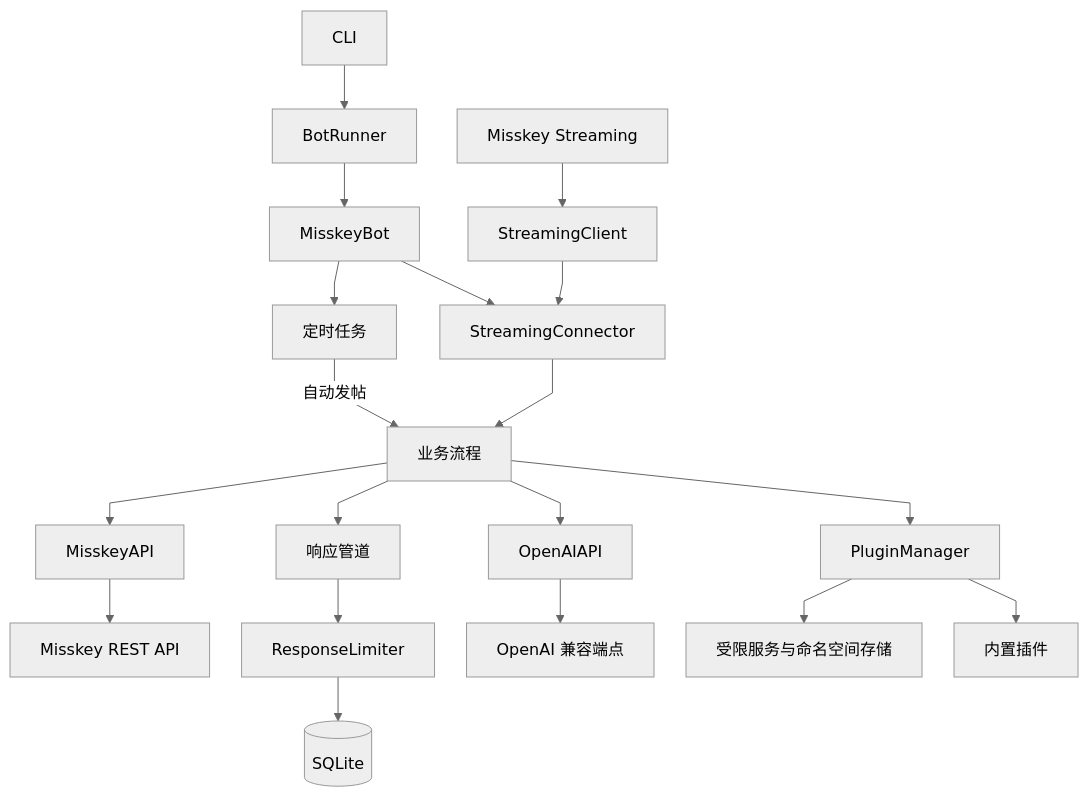
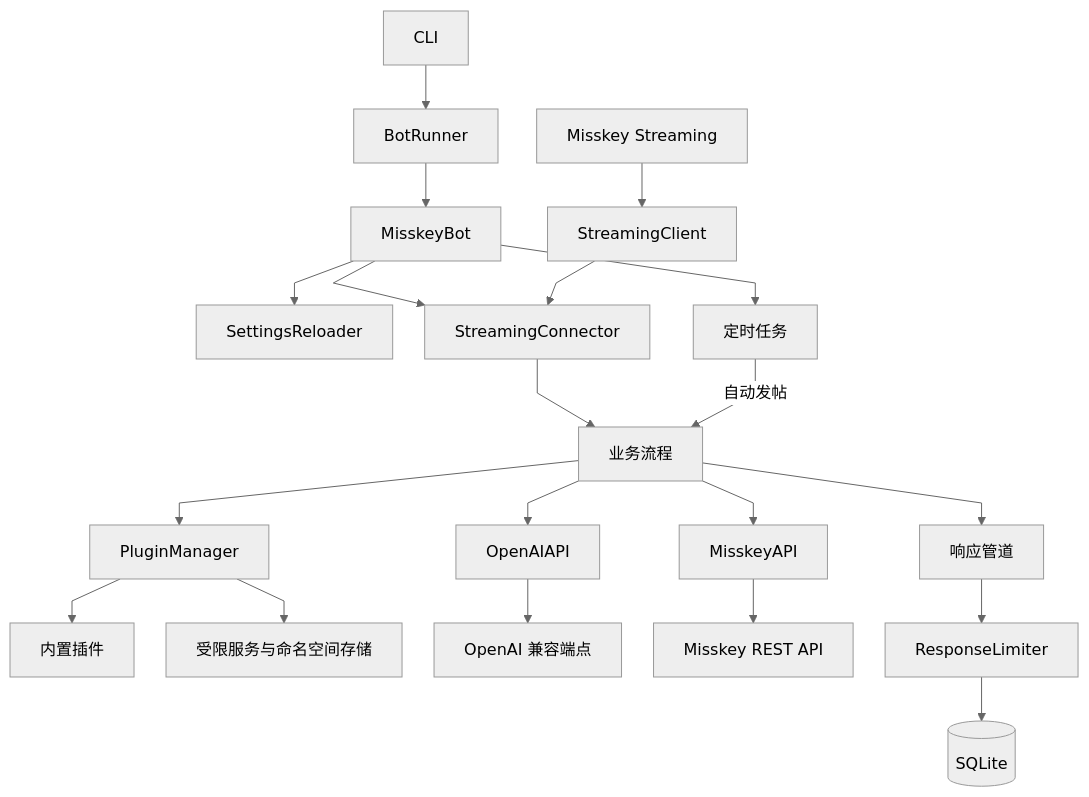
One commit to oreeke/twipsybot changed the diagram in docs/dev-guide/architecture.md. Above: the diagram before and after it, drawn with Mermaid (neutral theme). The commit also changed other lines of this file and 86 other files, not shown here.

````diff
--- a/docs/dev-guide/architecture.md
+++ b/docs/dev-guide/architecture.md
@@ -14,27 +14,28 @@
 ```mermaid
 %%{init: {"flowchart": {"curve": "linear", "nodeSpacing": 32, "rankSpacing": 44}}}%%
 flowchart TB
 	CLI[CLI] --> Runner[BotRunner]
 	Runner --> Core[MisskeyBot]
+	Core --> Reloader[SettingsReloader]
 
 	Core --> Connector[StreamingConnector]
 	MisskeyStream[Misskey Streaming] --> Streaming[StreamingClient]
 	Streaming --> Connector
 	Connector --> Flows[业务流程]
 
 	Core --> Scheduler[定时任务]
 	Scheduler -->|自动发帖| Flows
 
 	Flows --> Plugins[PluginManager]
 	Plugins --> Builtins[内置插件]
 	Plugins --> Services[受限服务与命名空间存储]
 
 	Flows --> OpenAI[OpenAIAPI]
 	OpenAI --> Endpoint[OpenAI 兼容端点]
 
 	Flows --> Pipeline[响应管道]
 	Flows --> MisskeyAPI[MisskeyAPI]
 	MisskeyAPI --> MisskeyREST[Misskey REST API]
 	Pipeline --> Limiter[ResponseLimiter]
 	Limiter --> SQLite[(SQLite)]
 ```
````
